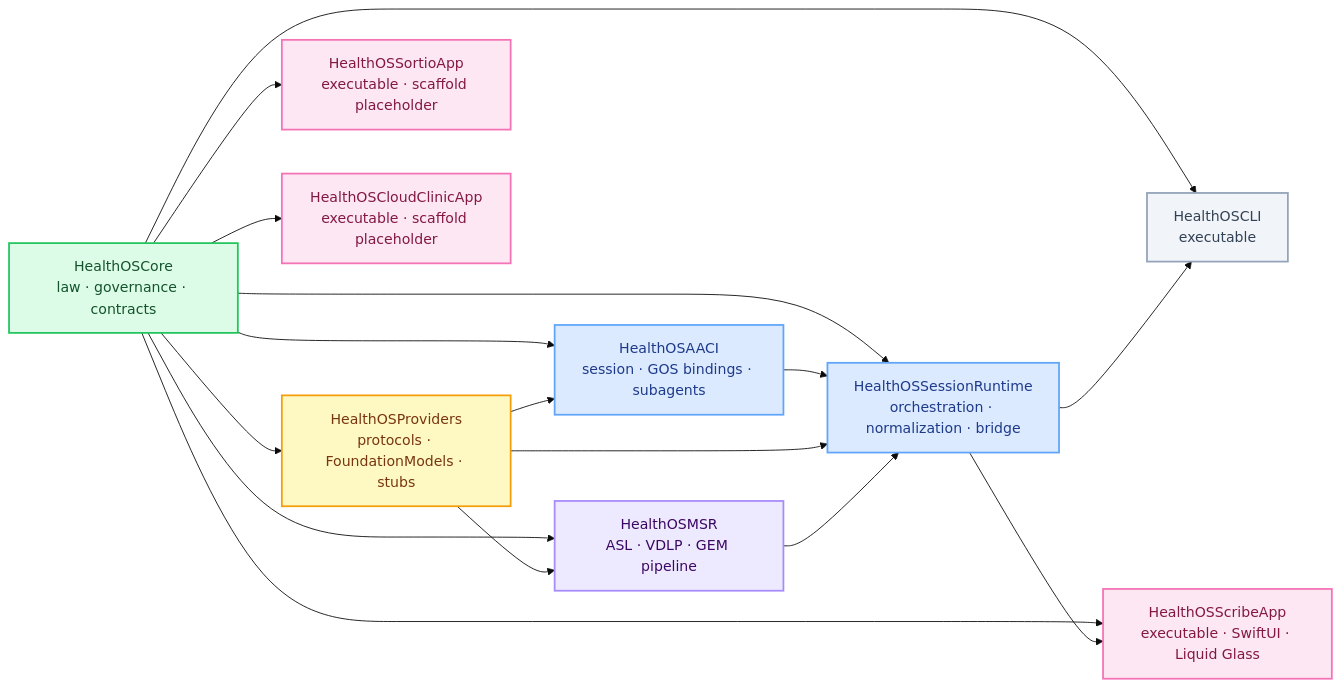
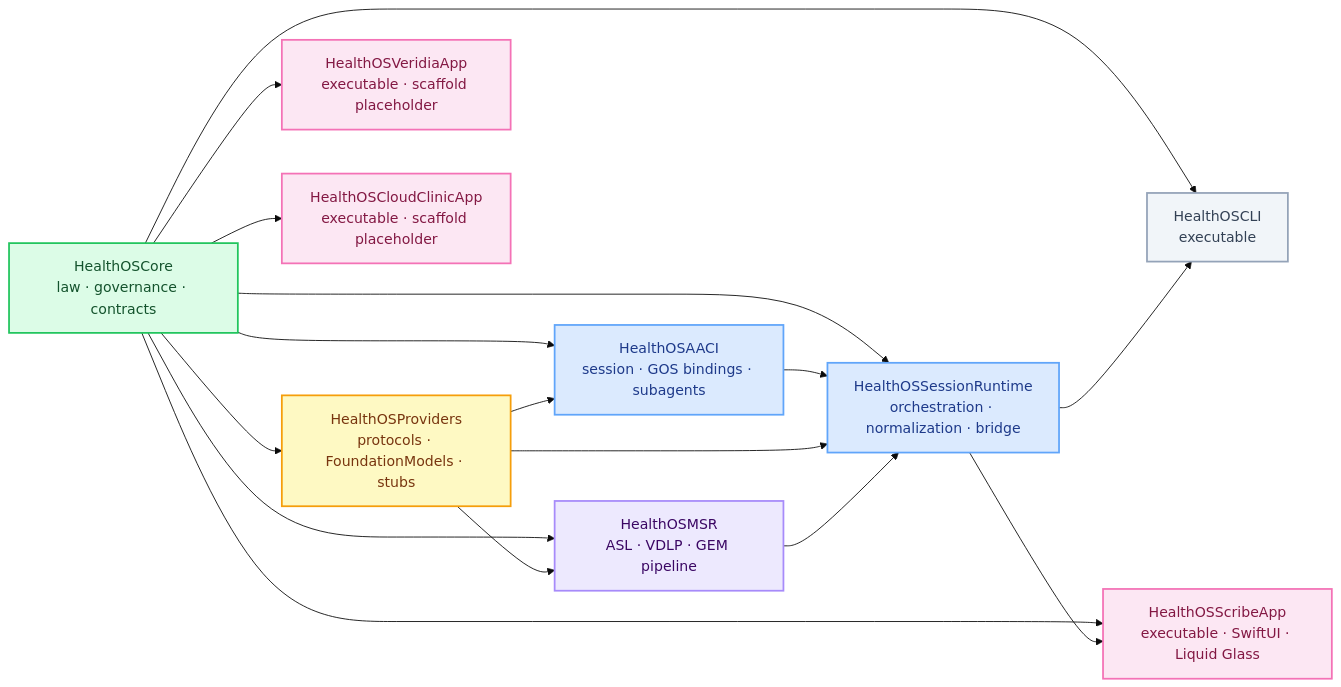
Before and after one commit to myselfgus/HealthOScaffold: the third of 10 diagrams in README.md, drawn with Mermaid. The commit also changed other lines of this file and 52 other files, not shown here.

````diff
--- a/README.md
+++ b/README.md
@@ -173,37 +173,37 @@
 ```mermaid
 %%{init: {'theme': 'base', 'themeVariables': {'primaryColor': '#f8f4ff', 'primaryBorderColor': '#c4b5fd', 'primaryTextColor': '#3b0764', 'clusterBkg': '#fdfbff', 'clusterBorder': '#e9d5ff', 'titleColor': '#0f172a', 'edgeLabelBackground': '#fdf8ff', 'fontFamily': 'ui-sans-serif, system-ui, -apple-system'}}}%%
 graph LR
     classDef core     fill:#dcfce7,stroke:#22c55e,stroke-width:2px,color:#14532d
     classDef runtime  fill:#dbeafe,stroke:#60a5fa,stroke-width:2px,color:#1e3a8a
     classDef provider fill:#fef9c3,stroke:#f59e0b,stroke-width:2px,color:#78350f
     classDef msr      fill:#ede9fe,stroke:#a78bfa,stroke-width:2px,color:#3b0764
     classDef app      fill:#fce7f3,stroke:#f472b6,stroke-width:2px,color:#831843
     classDef cli      fill:#f1f5f9,stroke:#94a3b8,stroke-width:2px,color:#334155
 
     CORE[HealthOSCore\nlaw · governance · contracts]:::core
     PROV[HealthOSProviders\nprotocols · FoundationModels · stubs]:::provider
     AACI[HealthOSAACI\nsession · GOS bindings · subagents]:::runtime
     MSR[HealthOSMSR\nASL · VDLP · GEM pipeline]:::msr
     SRT[HealthOSSessionRuntime\norchestration · normalization · bridge]:::runtime
 
     CLI[HealthOSCLI\nexecutable]:::cli
     SCRIBE[HealthOSScribeApp\nexecutable · SwiftUI · Liquid Glass]:::app
-    SORTIO[HealthOSSortioApp\nexecutable · scaffold placeholder]:::app
+    VERIDIA[HealthOSVeridiaApp\nexecutable · scaffold placeholder]:::app
     CLOUDCLINIC[HealthOSCloudClinicApp\nexecutable · scaffold placeholder]:::app
 
     CORE --> PROV
     CORE --> AACI
     CORE --> MSR
     PROV --> AACI
     PROV --> MSR
     CORE --> SRT
     AACI --> SRT
     PROV --> SRT
     MSR --> SRT
     CORE --> CLI
     SRT --> CLI
     CORE --> SCRIBE
     SRT --> SCRIBE
-    CORE --> SORTIO
+    CORE --> VERIDIA
     CORE --> CLOUDCLINIC
 ```
````
